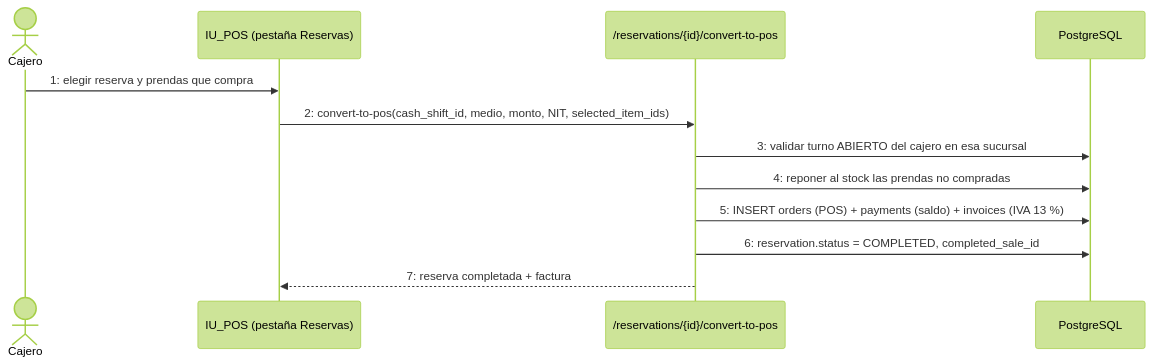
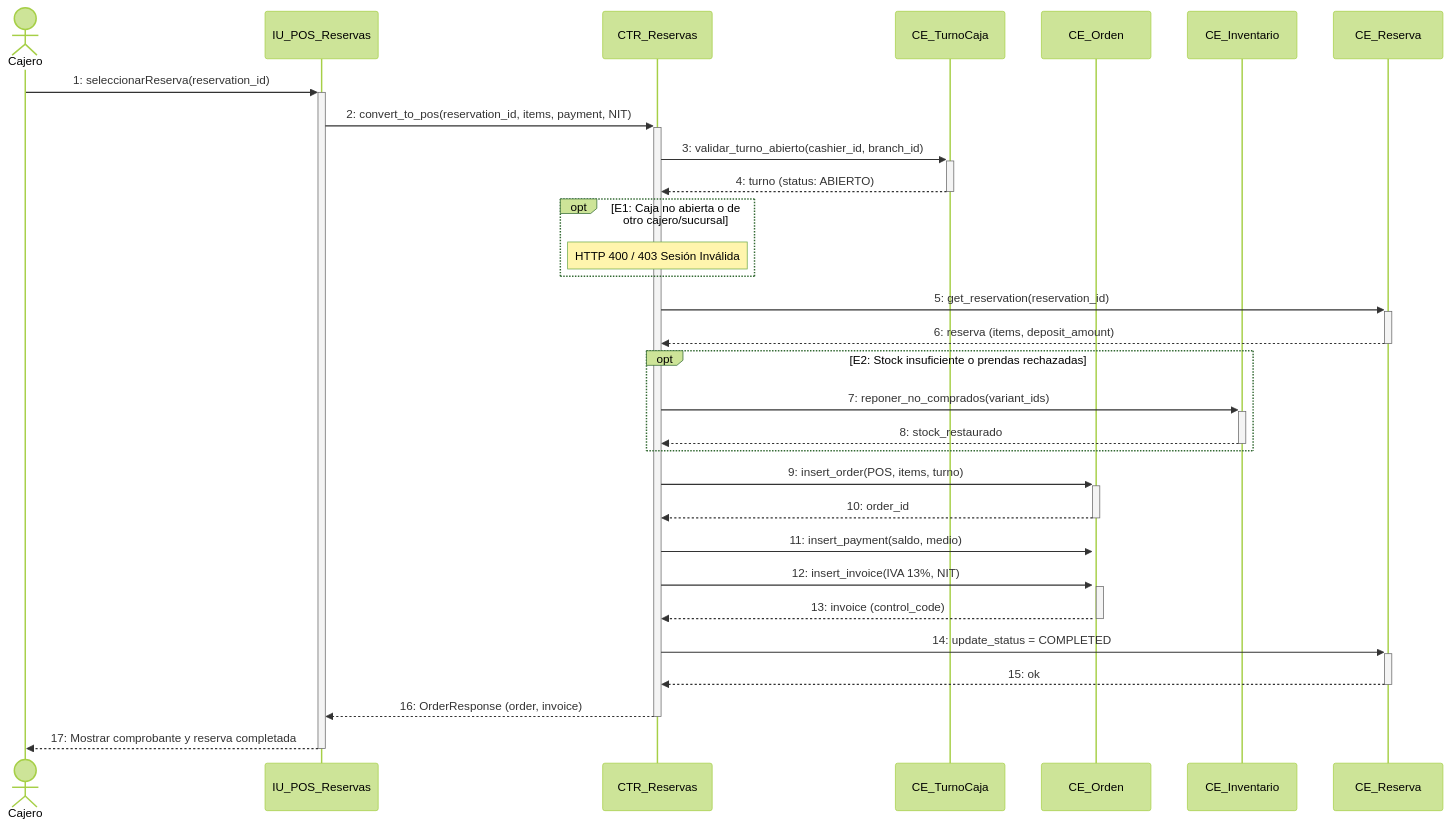
Before and after one commit to jc-larry/ecommerce: diagram 23 of 38 in documentos/DOCUMENTACION_40_CASOS_DE_USO_DIAGRAMAS_SECUENCIA.md, drawn with Mermaid (forest theme). The commit also changed other lines of this file and 148 other files, not shown here.

````diff
--- a/documentos/DOCUMENTACION_40_CASOS_DE_USO_DIAGRAMAS_SECUENCIA.md
+++ b/documentos/DOCUMENTACION_40_CASOS_DE_USO_DIAGRAMAS_SECUENCIA.md
@@ -1242,15 +1514,33 @@
 ```mermaid
 sequenceDiagram
-    actor Cj as Cajero
-    participant POS as IU_POS (pestaña Reservas)
-    participant API as /reservations/{id}/convert-to-pos
-    participant DB as PostgreSQL
+    actor C as Cajero
+    participant IU as IU_POS_Reservas
+    participant CTR as CTR_Reservas
+    participant CE_TC as CE_TurnoCaja
+    participant CE_O as CE_Orden
+    participant CE_I as CE_Inventario
+    participant CE_R as CE_Reserva
 
-    Cj->>POS: 1: elegir reserva y prendas que compra
-    POS->>API: 2: convert-to-pos(cash_shift_id, medio, monto, NIT, selected_item_ids)
-    API->>DB: 3: validar turno ABIERTO del cajero en esa sucursal
-    API->>DB: 4: reponer al stock las prendas no compradas
-    API->>DB: 5: INSERT orders (POS) + payments (saldo) + invoices (IVA 13 %)
-    API->>DB: 6: reservation.status = COMPLETED, completed_sale_id
-    API-->>POS: 7: reserva completada + factura
+    C->>+IU: 1: seleccionarReserva(reservation_id)
+    IU->>+CTR: 2: convert_to_pos(reservation_id, items, payment, NIT)
+    CTR->>+CE_TC: 3: validar_turno_abierto(cashier_id, branch_id)
+    CE_TC-->>-CTR: 4: turno (status: ABIERTO)
+    opt E1: Caja no abierta o de otro cajero/sucursal
+        Note over CTR: HTTP 400 / 403 Sesión Inválida
+    end
+    CTR->>+CE_R: 5: get_reservation(reservation_id)
+    CE_R-->>-CTR: 6: reserva (items, deposit_amount)
+    opt E2: Stock insuficiente o prendas rechazadas
+        CTR->>+CE_I: 7: reponer_no_comprados(variant_ids)
+        CE_I-->>-CTR: 8: stock_restaurado
+    end
+    CTR->>+CE_O: 9: insert_order(POS, items, turno)
+    CE_O-->>-CTR: 10: order_id
+    CTR->>+CE_O: 11: insert_payment(saldo, medio)
+    CTR->>+CE_O: 12: insert_invoice(IVA 13%, NIT)
+    CE_O-->>-CTR: 13: invoice (control_code)
+    CTR->>+CE_R: 14: update_status = COMPLETED
+    CE_R-->>-CTR: 15: ok
+    CTR-->>-IU: 16: OrderResponse (order, invoice)
+    IU-->>-C: 17: Mostrar comprobante y reserva completada
 ```
````
